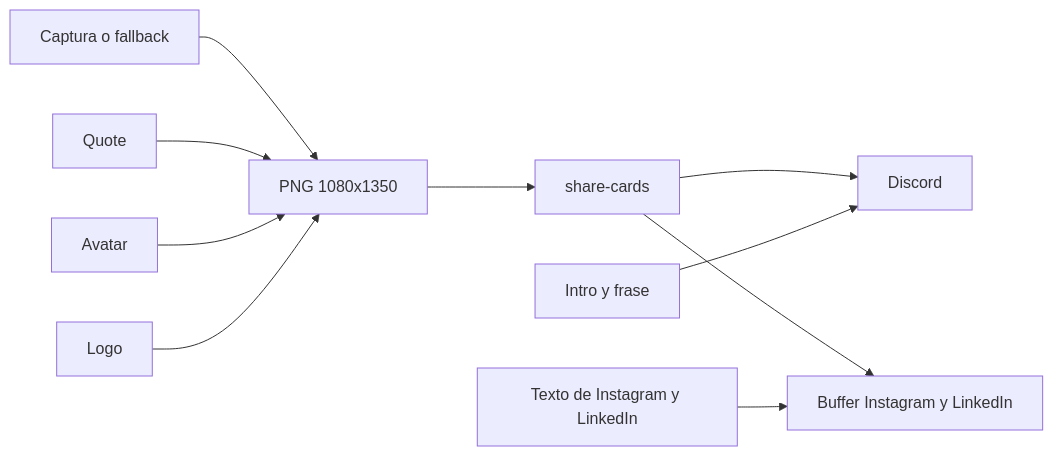
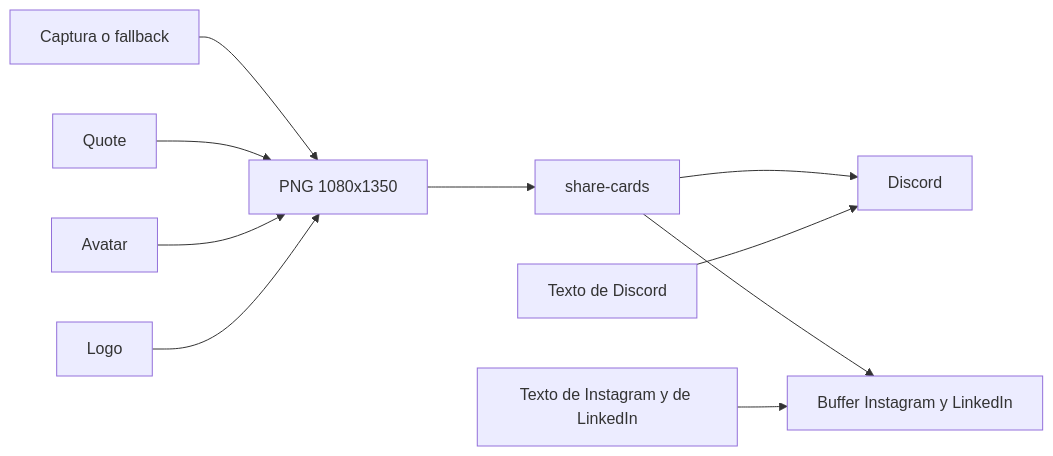
One commit to No-Country-simulation/fellowship-web-tt changed the third of 3 diagrams in apps/testimonios/docs/app_testimonios_plan.md. Above: the diagram before and after it, drawn with Mermaid. The commit also changed other lines of this file and 25 other files, not shown here.

````diff
--- a/apps/testimonios/docs/app_testimonios_plan.md
+++ b/apps/testimonios/docs/app_testimonios_plan.md
@@ -220,12 +222,12 @@
 ```mermaid
 flowchart LR
   capture[Captura o fallback] --> card[PNG 1080x1350]
   quote[Quote] --> card
   avatar[Avatar] --> card
   logo[Logo] --> card
   card --> storage[share-cards]
   storage --> discord[Discord]
   storage --> buffer[Buffer Instagram y LinkedIn]
-  intro[Intro y frase] --> discord
-  caption[Texto de Instagram y LinkedIn] --> buffer
+  intro[Texto de Discord] --> discord
+  caption[Texto de Instagram y de LinkedIn] --> buffer
 ```
````
